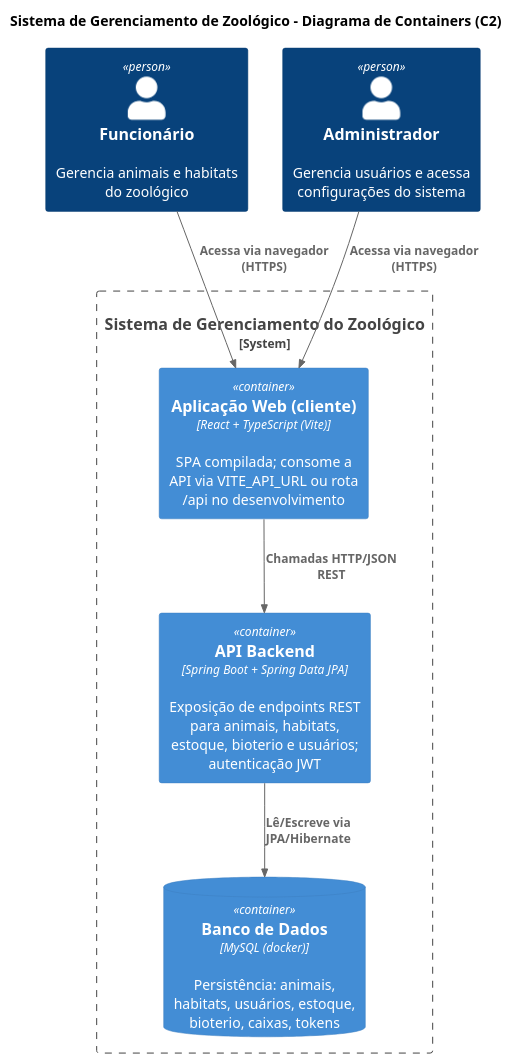
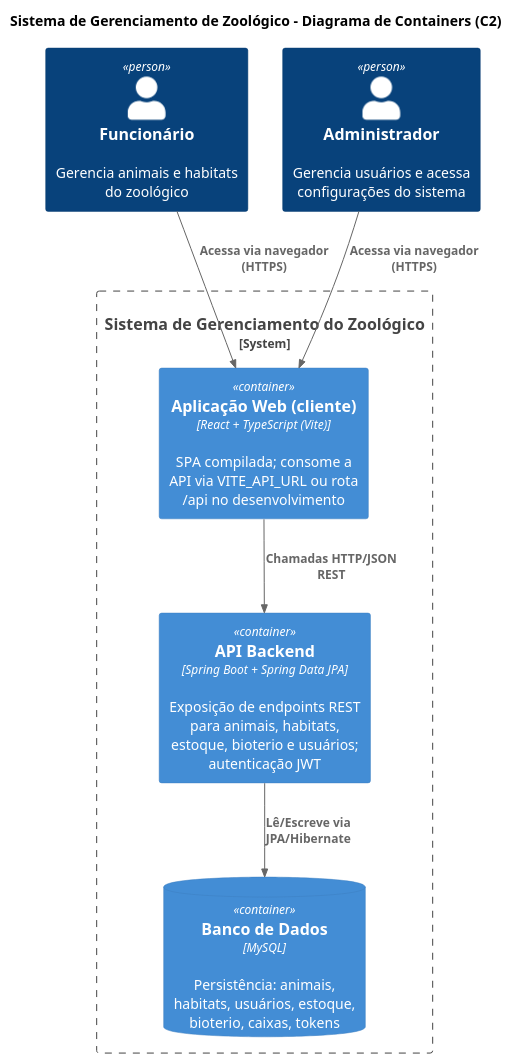
The diagram in Diagramas TCC/Diagrama de Container.puml (vinicius-gomes-cruz/TCC-ZOO-2026), drawn with PlantUML before and after one commit. The commit also changed 6 other files, not shown here.

```diff
--- a/Diagramas TCC/Diagrama de Container.puml
+++ b/Diagramas TCC/Diagrama de Container.puml
@@ -1,23 +1,23 @@
 @startuml
 !include https://raw.githubusercontent.com/plantuml-stdlib/C4-PlantUML/master/C4_Component.puml
 title Sistema de Gerenciamento de Zoológico – Diagrama de Containers (C2)
 
 ' Pessoas (atores)
 Person(Funcionario, "Funcionário", "Gerencia animais e habitats do zoológico")
 Person(Administrador, "Administrador", "Gerencia usuários e acessa configurações do sistema")
 
 ' Sistema e containers
 System_Boundary(Sistema, "Sistema de Gerenciamento do Zoológico") {
     Container(WebApp, "Aplicação Web (cliente)", "React + TypeScript (Vite)", "SPA compilada; consome a API via VITE_API_URL ou rota /api no desenvolvimento")
     Container(API, "API Backend", "Spring Boot + Spring Data JPA", "Exposição de endpoints REST para animais, habitats, estoque, bioterio e usuários; autenticação JWT")
-    ContainerDb(DB, "Banco de Dados", "MySQL (docker)", "Persistência: animais, habitats, usuários, estoque, bioterio, caixas, tokens")
+    ContainerDb(DB, "Banco de Dados", "MySQL", "Persistência: animais, habitats, usuários, estoque, bioterio, caixas, tokens")
 }
 
 ' Relacionamentos
 Rel(Funcionario, WebApp, "Acessa via navegador (HTTPS)")
 Rel(Administrador, WebApp, "Acessa via navegador (HTTPS)")
 Rel(WebApp, API, "Chamadas HTTP/JSON REST")
 Rel(API, DB, "Lê/Escreve via JPA/Hibernate")
 
 
 @enduml
```
